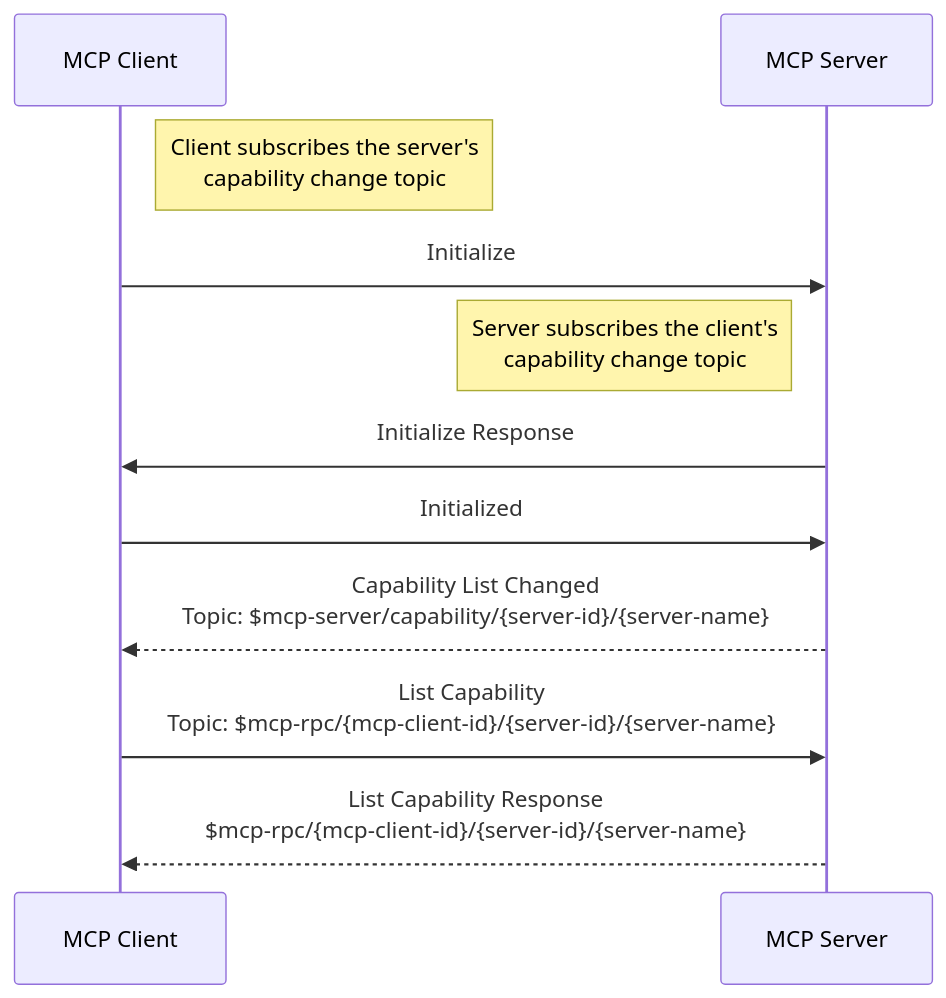
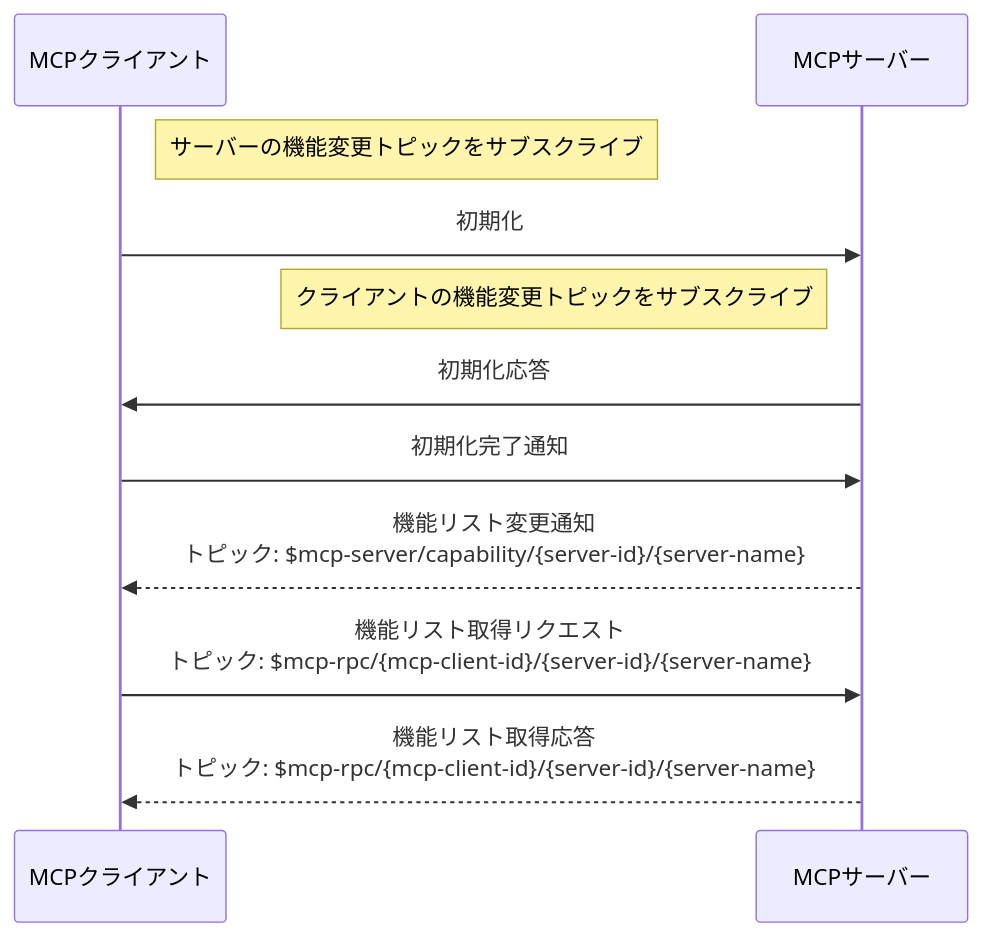
Before and after one commit to emqx/emqx-docs: the third of 4 diagrams in ja_JP/emqx-ai/mcp-over-mqtt/specification.md, drawn with Mermaid. The commit also changed other lines of this file and 182 other files, not shown here.

````diff
--- a/ja_JP/emqx-ai/mcp-over-mqtt/specification.md
+++ b/ja_JP/emqx-ai/mcp-over-mqtt/specification.md
@@ -333,19 +331,18 @@
 ```mermaid
+sequenceDiagram
+    participant MCP_Client as MCPクライアント
+    participant MCP_Server as MCPサーバー
 
-sequenceDiagram
-    participant MCP_Client as MCP Client
-    participant MCP_Server as MCP Server
+    Note right of MCP_Client: サーバーの機能変更トピックをサブスクライブ
+    MCP_Client ->> MCP_Server: 初期化
 
-    Note right of MCP_Client: Client subscribes the server's<br/>capability change topic
-    MCP_Client ->> MCP_Server: Initialize
+    Note left of MCP_Server: クライアントの機能変更トピックをサブスクライブ
+    MCP_Server ->> MCP_Client: 初期化応答
+    MCP_Client ->> MCP_Server: 初期化完了通知
 
-    Note left of MCP_Server: Server subscribes the client's<br/>capability change topic
-    MCP_Server ->> MCP_Client: Initialize Response
-    MCP_Client ->> MCP_Server: Initialized
+    MCP_Server -->> MCP_Client: 機能リスト変更通知<br/>トピック: $mcp-server/capability/{server-id}/{server-name}
 
-    MCP_Server -->> MCP_Client: Capability List Changed<br/>Topic: $mcp-server/capability/{server-id}/{server-name}
+    MCP_Client ->> MCP_Server: 機能リスト取得リクエスト<br/>トピック: $mcp-rpc/{mcp-client-id}/{server-id}/{server-name}
 
-    MCP_Client ->> MCP_Server: List Capability<br/>Topic: $mcp-rpc/{mcp-client-id}/{server-id}/{server-name}
-
-    MCP_Server -->> MCP_Client: List Capability Response<br/>$mcp-rpc/{mcp-client-id}/{server-id}/{server-name}
+    MCP_Server -->> MCP_Client: 機能リスト取得応答<br/>トピック: $mcp-rpc/{mcp-client-id}/{server-id}/{server-name}
 ```
````
